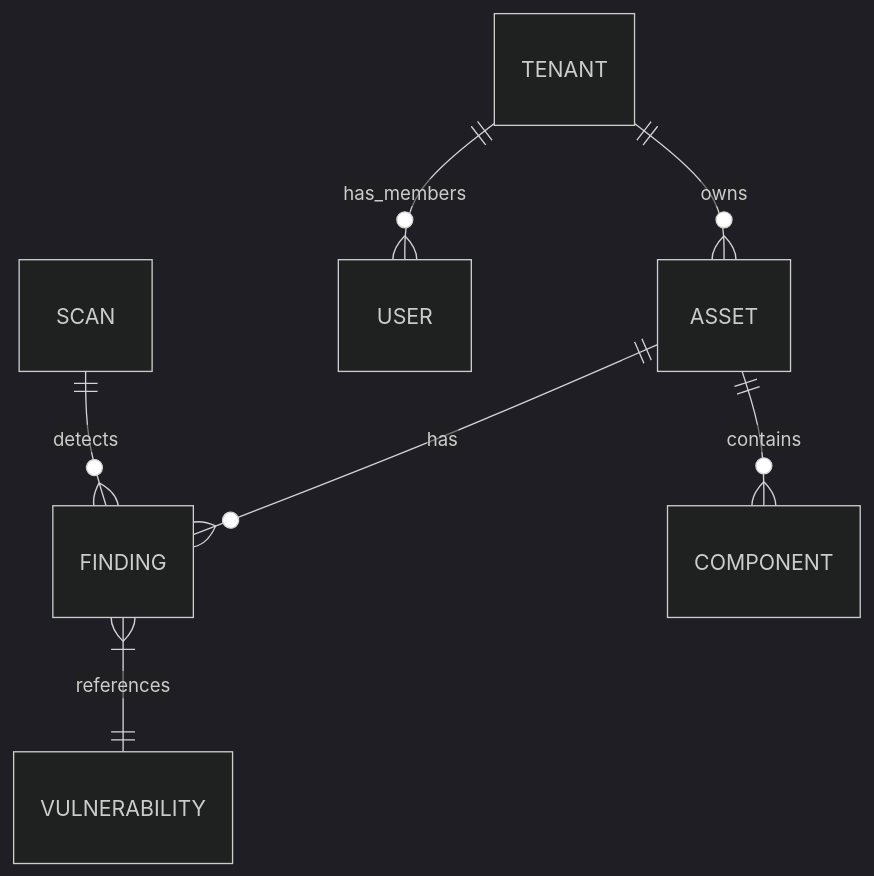
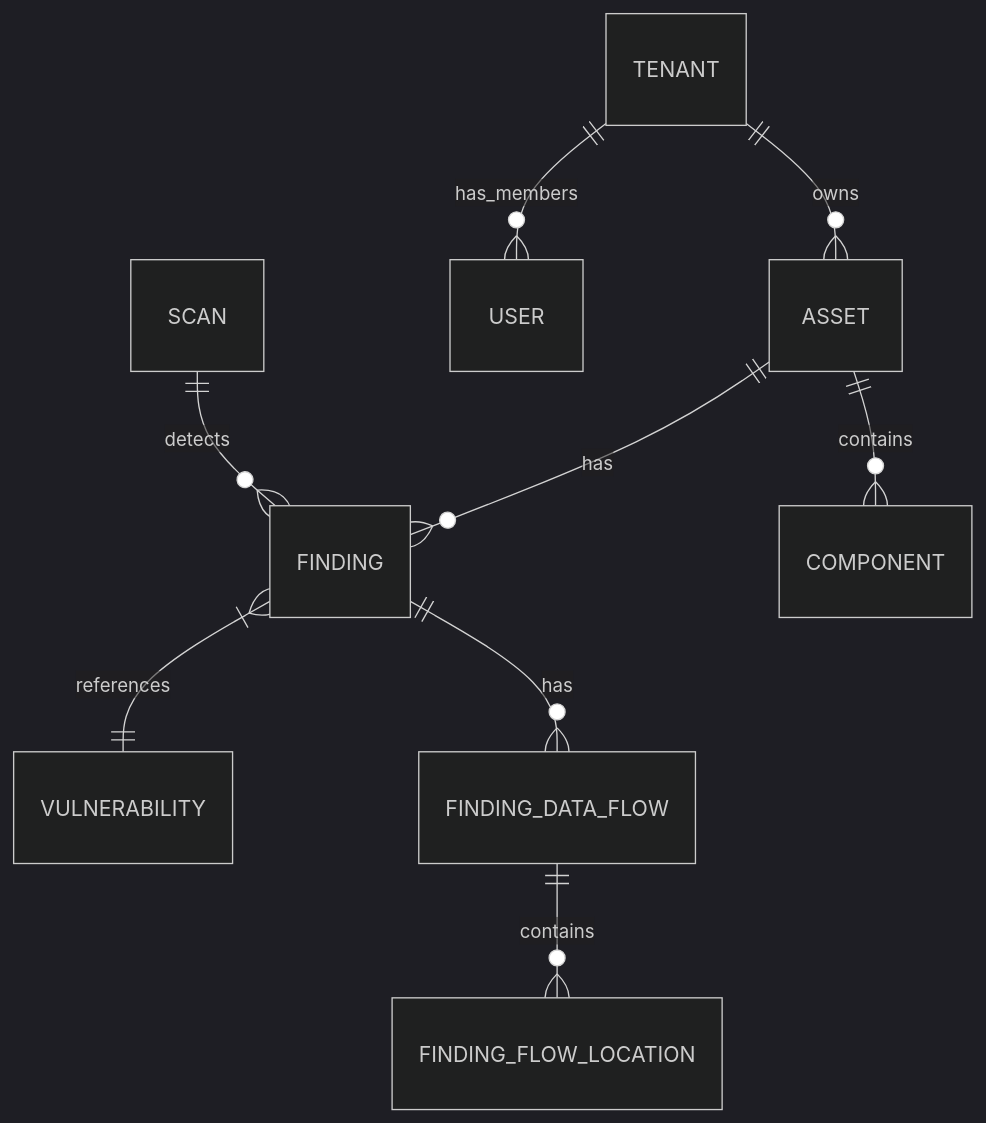
Before and after one commit to exploopio/docs: the diagram in database/schema.md, drawn with Mermaid (dark theme). The commit also changed other lines of this file and 10 other files, not shown here.

````diff
--- a/database/schema.md
+++ b/database/schema.md
@@ -53,9 +67,11 @@
 ```mermaid
 erDiagram
     TENANT ||--o{ ASSET : owns
     TENANT ||--o{ USER : has_members
     ASSET ||--o{ FINDING : has
     ASSET ||--o{ COMPONENT : contains
     FINDING }|--|| VULNERABILITY : references
+    FINDING ||--o{ FINDING_DATA_FLOW : has
+    FINDING_DATA_FLOW ||--o{ FINDING_FLOW_LOCATION : contains
     SCAN ||--o{ FINDING : detects
 ```
````
